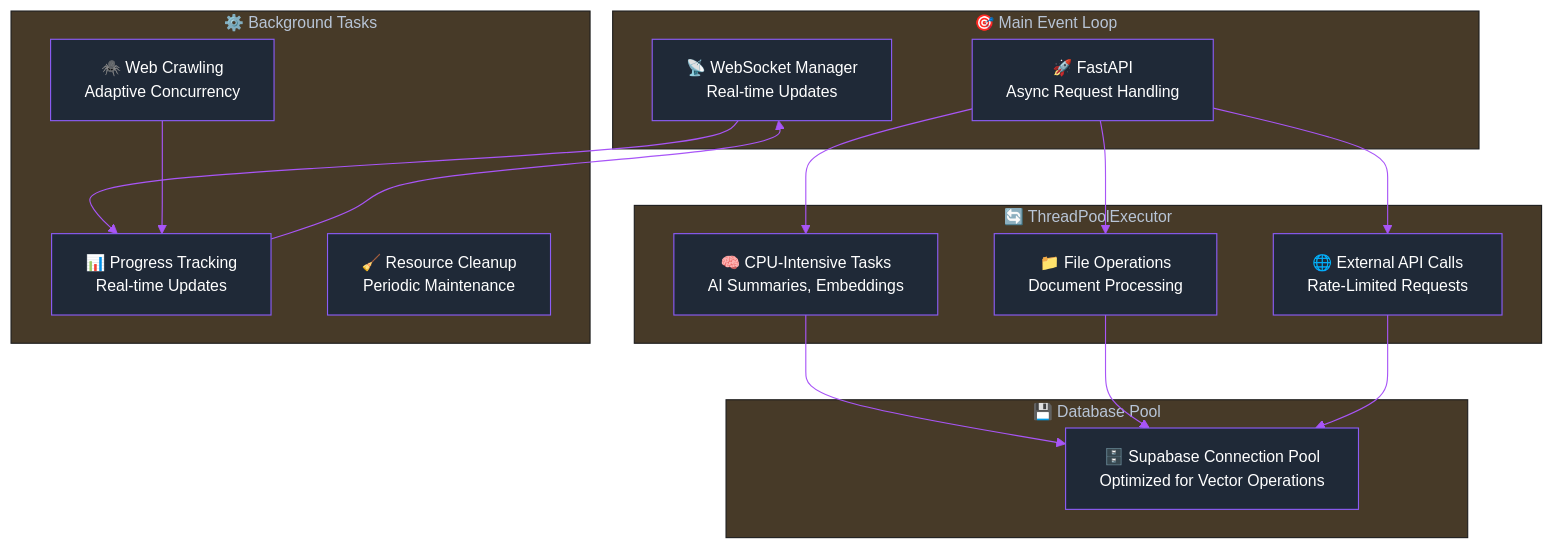
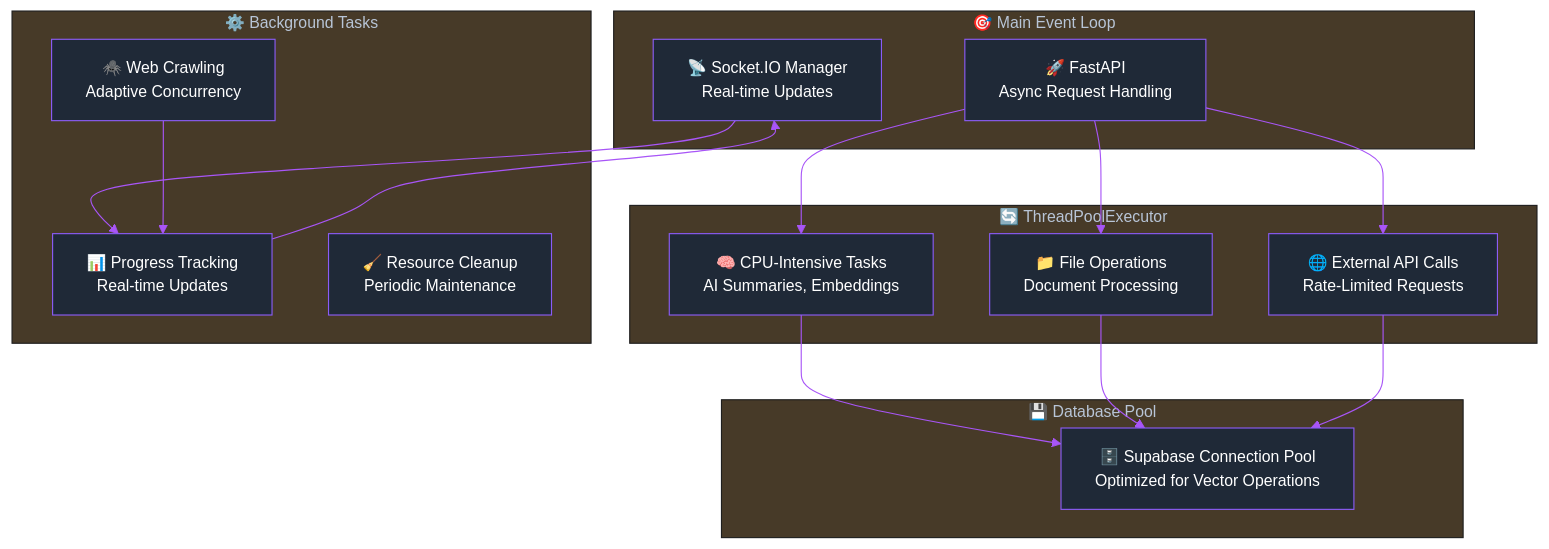
Before and after one commit to tarsonis125/mcp-crawl4ai-rag-ChromaDB-V1: the second of 2 diagrams in docs/docs/server.mdx, drawn with Mermaid. The commit also changed other lines of this file and 30 other files, not shown here.

Commit message:
refactor: migrate WebSocket to Socket.IO for improved reliability and connection management

````diff
--- a/docs/docs/server.mdx
+++ b/docs/docs/server.mdx
@@ -551,55 +562,55 @@
 ```mermaid
 %%{init:{
   'theme':'base',
   'themeVariables': {
     'primaryColor':'#1f2937',
     'primaryTextColor':'#ffffff',
     'primaryBorderColor':'#8b5cf6',
     'lineColor':'#a855f7',
     'textColor':'#ffffff',
     'fontFamily':'Inter',
     'fontSize':'14px',
     'background':'#000000',
     'mainBkg':'#1f2937',
     'secondBkg':'#111827',
     'borderColor':'#8b5cf6',
     'actorBkg':'#1f2937',
     'actorBorder':'#8b5cf6',
     'actorTextColor':'#ffffff',
     'activationBkgColor':'#111827',
     'activationBorderColor':'#a855f7',
     'sequenceNumberColor':'#a855f7'
   }
 }}%%
 flowchart TB
     subgraph "🎯 Main Event Loop"
         FastAPI["🚀 FastAPI<br/>Async Request Handling"]
-        WS["📡 WebSocket Manager<br/>Real-time Updates"]
+        WS["📡 Socket.IO Manager<br/>Real-time Updates"]
     end
     
     subgraph "🔄 ThreadPoolExecutor"
         CPUTasks["🧠 CPU-Intensive Tasks<br/>AI Summaries, Embeddings"]
         FileIO["📁 File Operations<br/>Document Processing"]
         NetworkIO["🌐 External API Calls<br/>Rate-Limited Requests"]
     end
     
     subgraph "⚙️ Background Tasks"
         Crawling["🕷️ Web Crawling<br/>Adaptive Concurrency"]
         Progress["📊 Progress Tracking<br/>Real-time Updates"]
         Cleanup["🧹 Resource Cleanup<br/>Periodic Maintenance"]
     end
     
     subgraph "💾 Database Pool"
         Supabase["🗄️ Supabase Connection Pool<br/>Optimized for Vector Operations"]
     end
     
     FastAPI --> CPUTasks
     FastAPI --> FileIO
     FastAPI --> NetworkIO
     WS --> Progress
     CPUTasks --> Supabase
     FileIO --> Supabase
     NetworkIO --> Supabase
     Crawling --> Progress
     Progress --> WS
 ```
````
